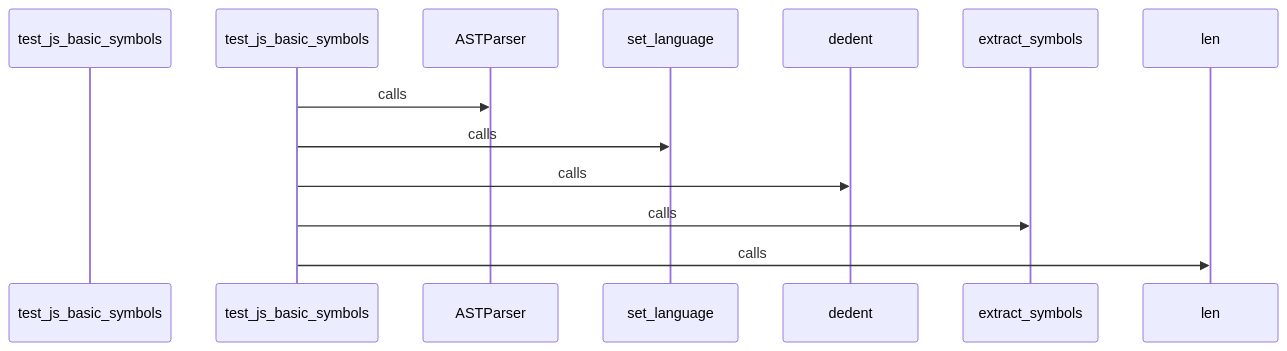
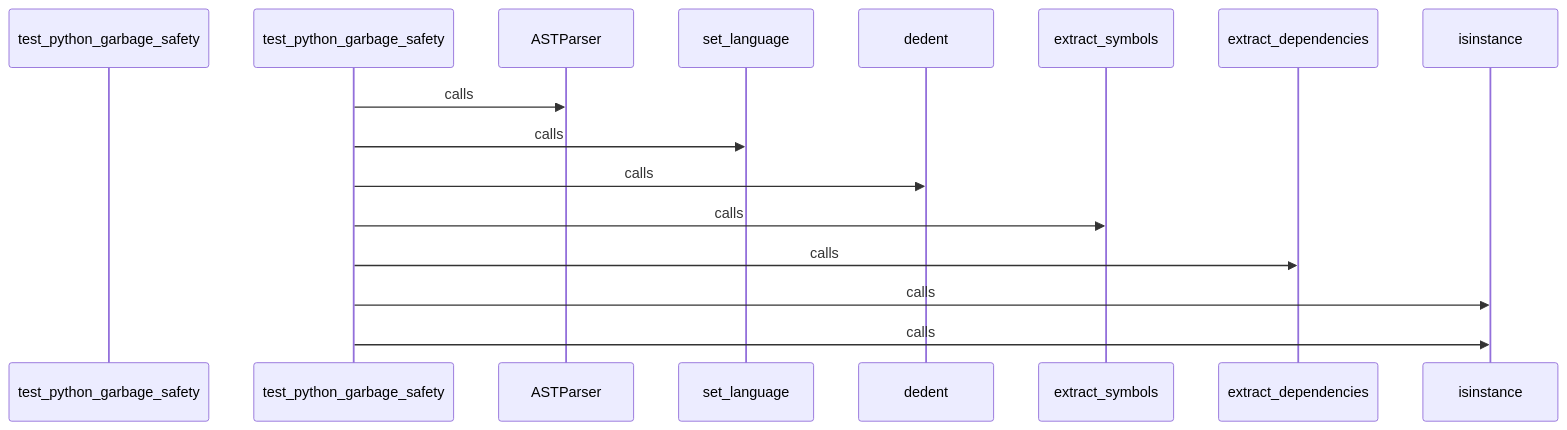
Before and after one commit to hazalkoom/DECODEx01: diagram 25 of 26 in docs/CALL_FLOW.md, drawn with Mermaid. The commit also changed other lines of this file and 15 other files, not shown here.

Commit message:
feat: NLG phases 2-4 - API scanner, few-shot schema, and story generator

````diff
--- a/docs/CALL_FLOW.md
+++ b/docs/CALL_FLOW.md
@@ -939,25 +921,33 @@
 ```mermaid
 sequenceDiagram
-    participant Start as test_js_basic_symbols
+    participant Start as test_python_garbage_safety
 
 
-    test_js_basic_symbols->>ASTParser: calls
+    test_python_garbage_safety->>ASTParser: calls
 
 
 
-    test_js_basic_symbols->>set_language: calls
+    test_python_garbage_safety->>set_language: calls
 
 
 
-    test_js_basic_symbols->>dedent: calls
+    test_python_garbage_safety->>dedent: calls
 
 
 
-    test_js_basic_symbols->>extract_symbols: calls
+    test_python_garbage_safety->>extract_symbols: calls
 
 
 
-    test_js_basic_symbols->>len: calls
+    test_python_garbage_safety->>extract_dependencies: calls
+
+
+
+    test_python_garbage_safety->>isinstance: calls
+
+
+
+    test_python_garbage_safety->>isinstance: calls
 
 
 ```
````
